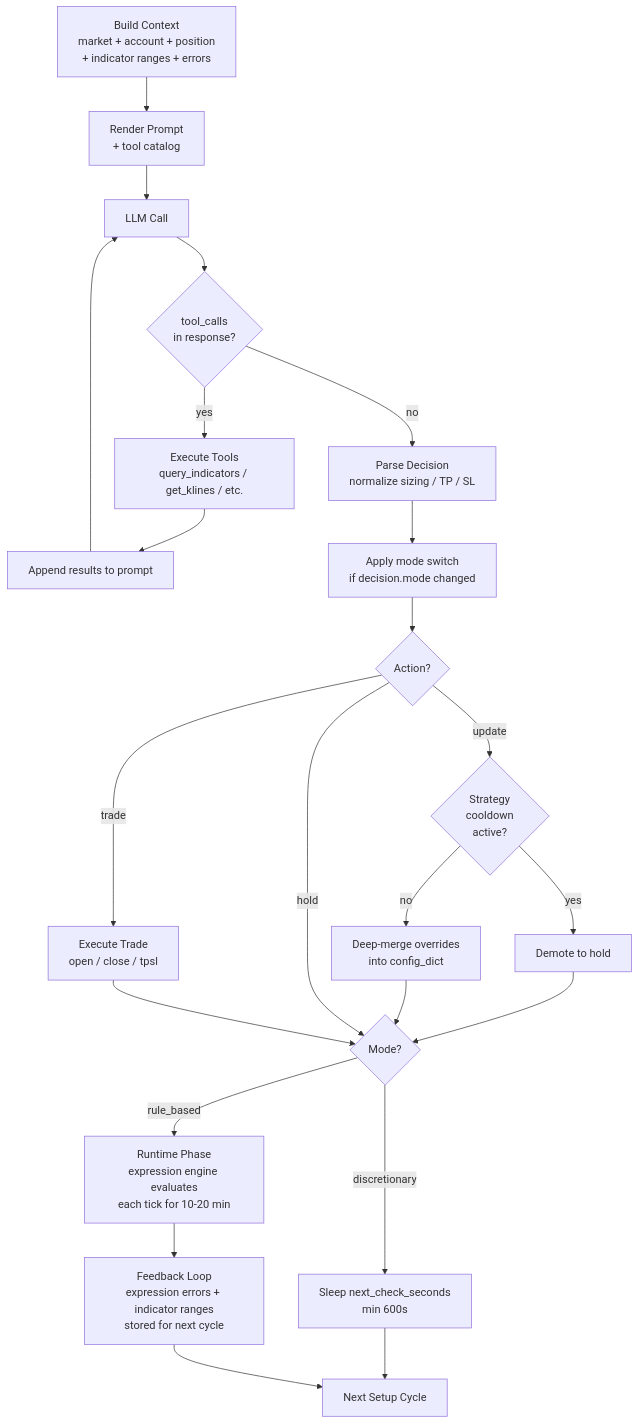
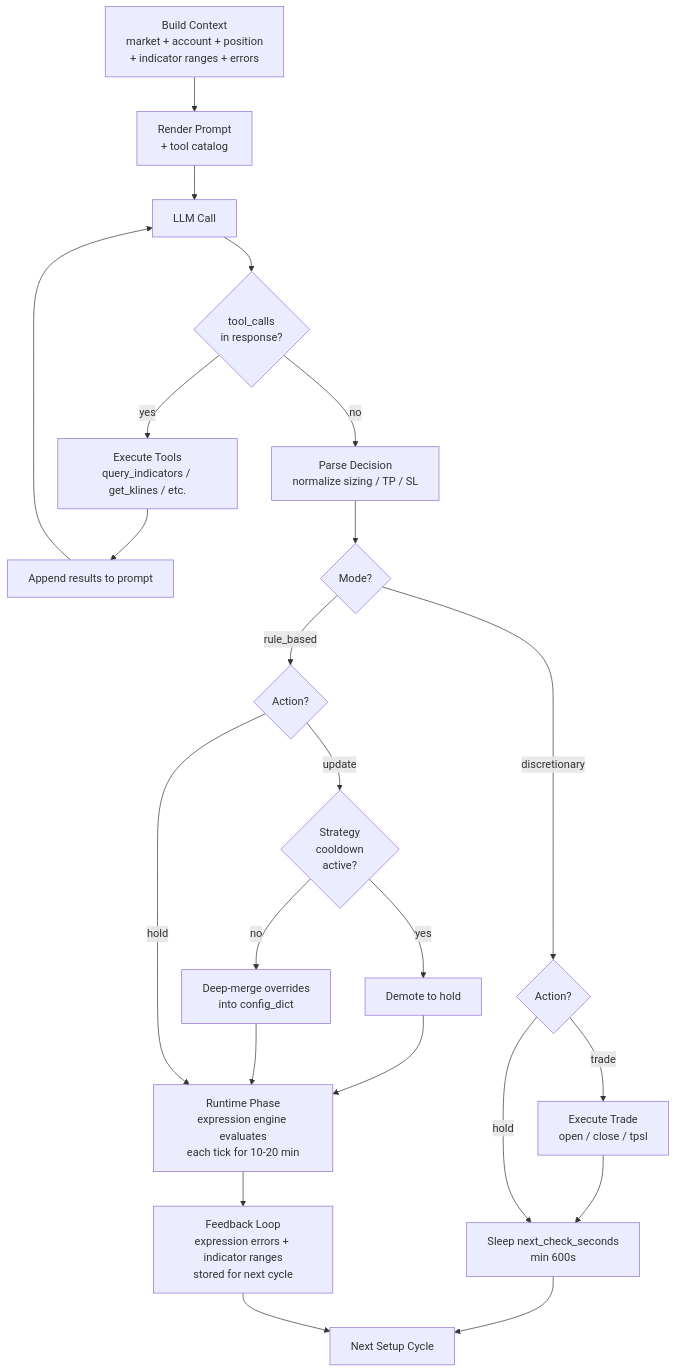
The first of 3 diagrams in docs/llm-setup-agent-flow.md (varsity-tech-product/trading_harness), drawn with Mermaid before and after one commit.

Commit message:
Diagram: route by mode first, then action within each mode
Mode is the primary routing decision:
- rule_based → update (with cooldown) or hold → runtime
- discretionary → trade (execute) or hold → sleep

````diff
--- a/docs/llm-setup-agent-flow.md
+++ b/docs/llm-setup-agent-flow.md
@@ -16,34 +16,30 @@
 ```mermaid
 flowchart TD
     CTX[Build Context<br/>market + account + position<br/>+ indicator ranges + errors] --> PROMPT[Render Prompt<br/>+ tool catalog]
     PROMPT --> LLM_CALL[LLM Call]
 
     LLM_CALL --> TOOL_CHECK{tool_calls<br/>in response?}
     TOOL_CHECK -->|yes| EXEC_TOOLS[Execute Tools<br/>query_indicators / get_klines / etc.]
     EXEC_TOOLS --> APPEND[Append results to prompt]
     APPEND --> LLM_CALL
 
     TOOL_CHECK -->|no| PARSE[Parse Decision<br/>normalize sizing / TP / SL]
-    PARSE --> MODE_SW[Apply mode switch<br/>if decision.mode changed]
-    MODE_SW --> ACTION{Action?}
+    PARSE --> MODE{Mode?}
 
-    ACTION -->|update| COOLDOWN{Strategy<br/>cooldown<br/>active?}
+    MODE -->|rule_based| RB_ACTION{Action?}
+    RB_ACTION -->|update| COOLDOWN{Strategy<br/>cooldown<br/>active?}
     COOLDOWN -->|yes| DEMOTE[Demote to hold]
     COOLDOWN -->|no| MERGE[Deep-merge overrides<br/>into config_dict]
-    DEMOTE --> MODE_CHECK
-    MERGE --> MODE_CHECK
+    DEMOTE --> RUNTIME
+    MERGE --> RUNTIME
+    RB_ACTION -->|hold| RUNTIME[Runtime Phase<br/>expression engine evaluates<br/>each tick for 10-20 min]
 
-    ACTION -->|hold| MODE_CHECK
-
-    ACTION -->|trade| DISC_EXEC[Execute Trade<br/>open / close / tpsl]
-    DISC_EXEC --> MODE_CHECK
-
-    MODE_CHECK{Mode?}
-
-    MODE_CHECK -->|rule_based| RUNTIME[Runtime Phase<br/>expression engine evaluates<br/>each tick for 10-20 min]
-    MODE_CHECK -->|discretionary| DISC_SLEEP[Sleep next_check_seconds<br/>min 600s]
+    MODE -->|discretionary| DISC_ACTION{Action?}
+    DISC_ACTION -->|trade| DISC_EXEC[Execute Trade<br/>open / close / tpsl]
+    DISC_EXEC --> DISC_SLEEP
+    DISC_ACTION -->|hold| DISC_SLEEP[Sleep next_check_seconds<br/>min 600s]
 
     RUNTIME --> FEEDBACK[Feedback Loop<br/>expression errors + indicator ranges<br/>stored for next cycle]
     DISC_SLEEP --> NEXT[Next Setup Cycle]
     FEEDBACK --> NEXT
 ```
````
